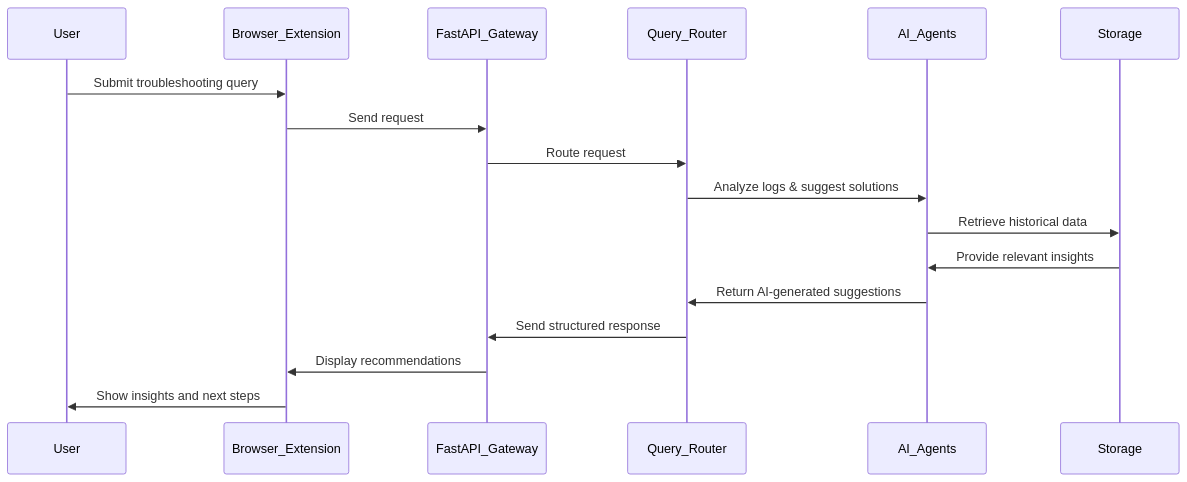
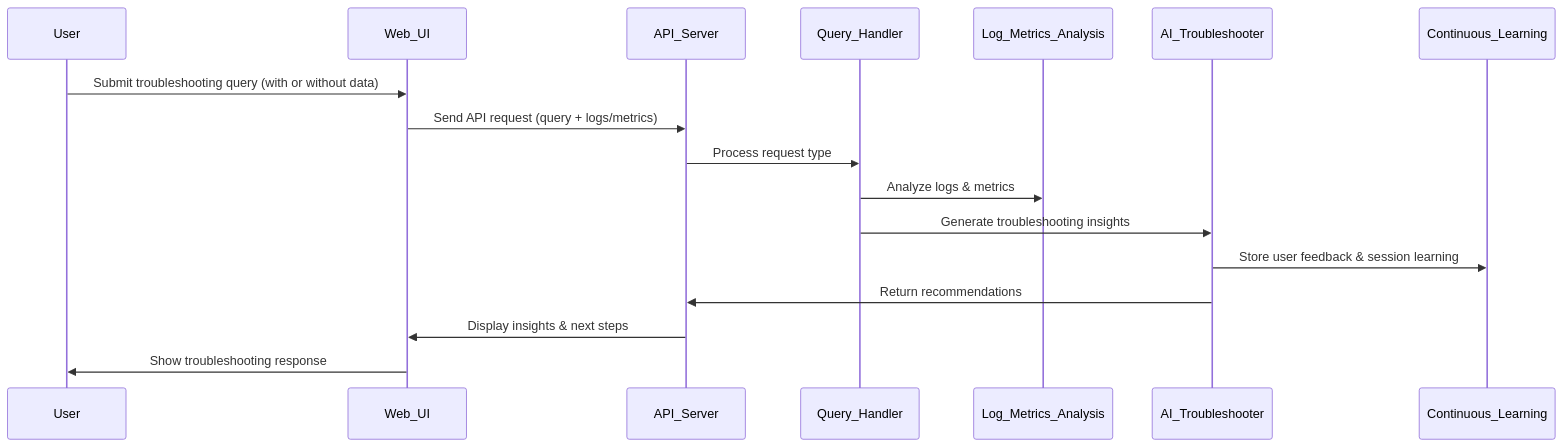
Before and after one commit to FaultMaven/FaultMaven-Mono: the diagram in docs/detailed_design.md, drawn with Mermaid. The commit also changed other lines of this file and 26 other files, not shown here.

Commit message:
Updated FaultMaven: Redesigned architecture, refined docs, improved code structure

````diff
--- a/docs/detailed_design.md
+++ b/docs/detailed_design.md
@@ -81,20 +60,20 @@
 ```mermaid
 sequenceDiagram
     participant User
-    participant Browser_Extension
-    participant FastAPI_Gateway
-    participant Query_Router
-    participant AI_Agents
-    participant Storage
+    participant Web_UI
+    participant API_Server
+    participant Query_Handler
+    participant Log_Metrics_Analysis
+    participant AI_Troubleshooter
+    participant Continuous_Learning
 
-    User ->> Browser_Extension: Submit troubleshooting query
-    Browser_Extension ->> FastAPI_Gateway: Send request
-    FastAPI_Gateway ->> Query_Router: Route request
-    Query_Router ->> AI_Agents: Analyze logs & suggest solutions
-    AI_Agents ->> Storage: Retrieve historical data
-    Storage ->> AI_Agents: Provide relevant insights
-    AI_Agents ->> Query_Router: Return AI-generated suggestions
-    Query_Router ->> FastAPI_Gateway: Send structured response
-    FastAPI_Gateway ->> Browser_Extension: Display recommendations
-    Browser_Extension ->> User: Show insights and next steps
+    User ->> Web_UI: Submit troubleshooting query (with or without data)
+    Web_UI ->> API_Server: Send API request (query + logs/metrics)
+    API_Server ->> Query_Handler: Process request type
+    Query_Handler ->> Log_Metrics_Analysis: Analyze logs & metrics
+    Query_Handler ->> AI_Troubleshooter: Generate troubleshooting insights
+    AI_Troubleshooter ->> Continuous_Learning: Store user feedback & session learning
+    AI_Troubleshooter ->> API_Server: Return recommendations
+    API_Server ->> Web_UI: Display insights & next steps
+    Web_UI ->> User: Show troubleshooting response
 ```
````
